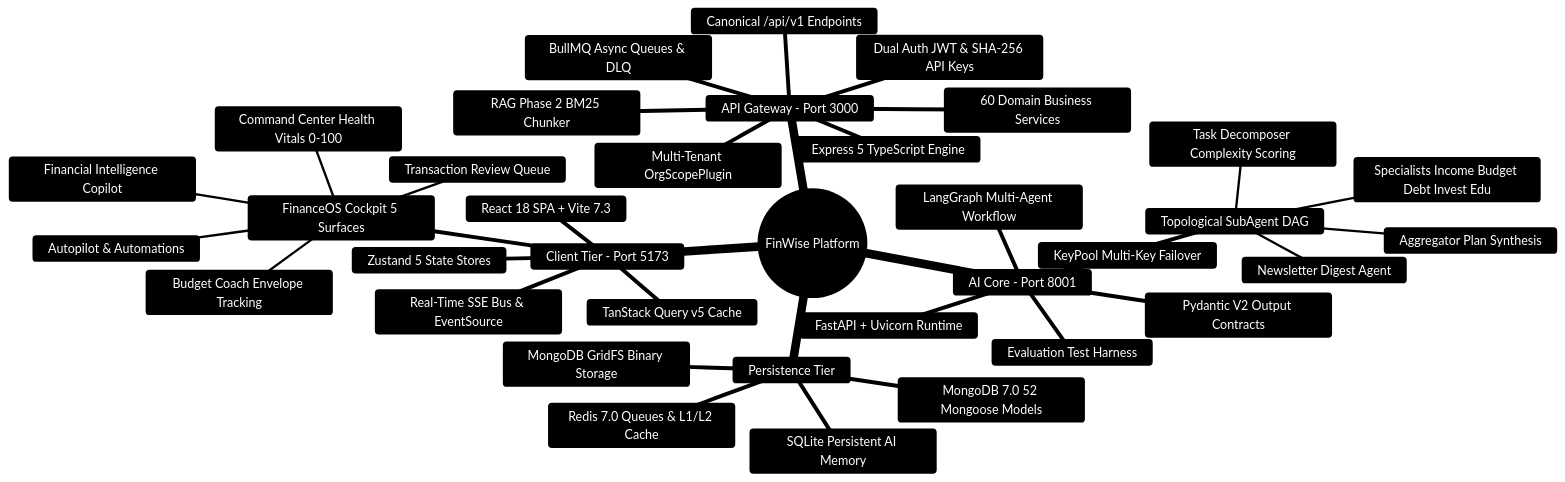
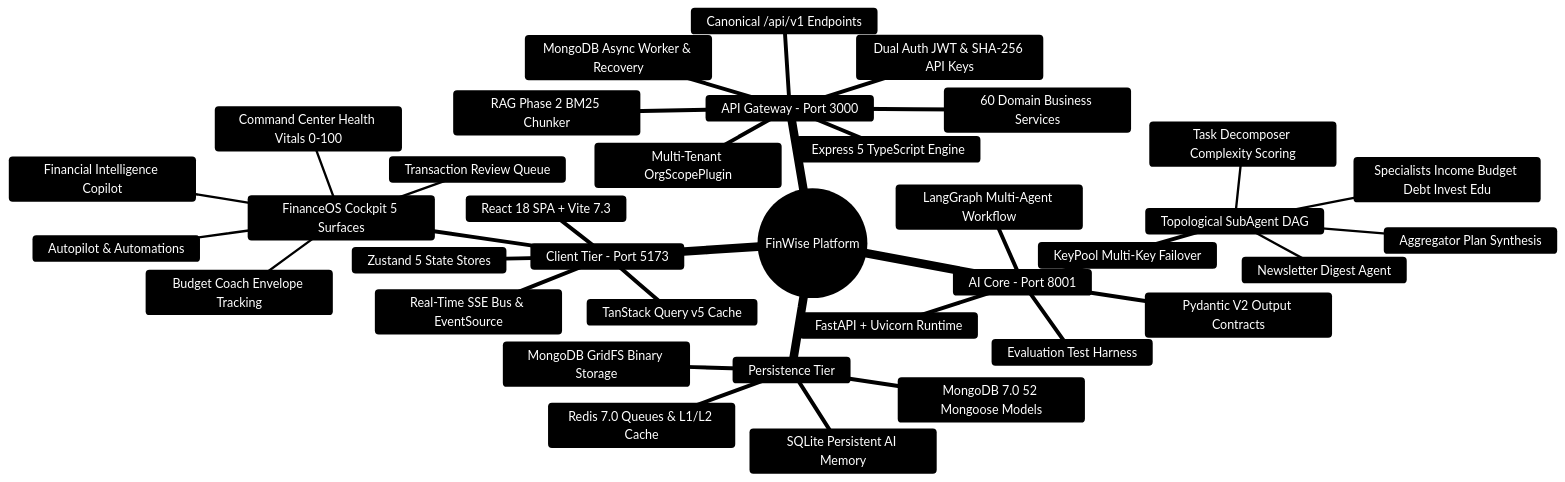
Before and after one commit to Ganesh172919/personal-finance: the diagram in documentation/README.md, drawn with Mermaid. The commit also changed other lines of this file and 1026 other files, not shown here.

````diff
--- a/documentation/README.md
+++ b/documentation/README.md
@@ -86,40 +98,40 @@
 ```mermaid
 %%{init: {'theme': 'base', 'themeVariables': { 'primaryColor': '#1e293b', 'primaryTextColor': '#ffffff', 'primaryBorderColor': '#3b82f6', 'lineColor': '#60a5fa', 'secondaryColor': '#0f172a', 'tertiaryColor': '#1e1e2e'}}}%%
 mindmap
   root((FinWise Platform))
     Client Tier - Port 5173
       React 18 SPA + Vite 7.3
       FinanceOS Cockpit 5 Surfaces
         Command Center Health Vitals 0-100
         Transaction Review Queue
         Autopilot & Automations
         Budget Coach Envelope Tracking
         Financial Intelligence Copilot
       Zustand 5 State Stores
       TanStack Query v5 Cache
       Real-Time SSE Bus & EventSource
     API Gateway - Port 3000
       Express 5 TypeScript Engine
       Canonical /api/v1 Endpoints
       Dual Auth JWT & SHA-256 API Keys
       Multi-Tenant OrgScopePlugin
       60 Domain Business Services
-      BullMQ Async Queues & DLQ
+      MongoDB Async Worker & Recovery
       RAG Phase 2 BM25 Chunker
     AI Core - Port 8001
       FastAPI + Uvicorn Runtime
       LangGraph Multi-Agent Workflow
       Topological SubAgent DAG
         Task Decomposer Complexity Scoring
         Specialists Income Budget Debt Invest Edu
         Aggregator Plan Synthesis
         Newsletter Digest Agent
       KeyPool Multi-Key Failover
       Pydantic V2 Output Contracts
       Evaluation Test Harness
     Persistence Tier
       MongoDB 7.0 52 Mongoose Models
       Redis 7.0 Queues & L1/L2 Cache
       MongoDB GridFS Binary Storage
       SQLite Persistent AI Memory
 ```
````
